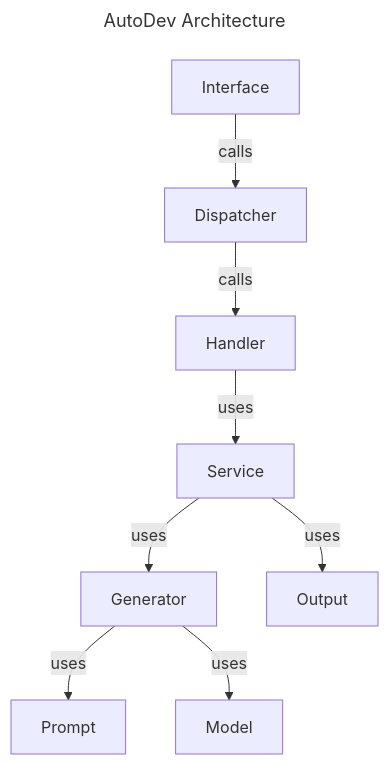
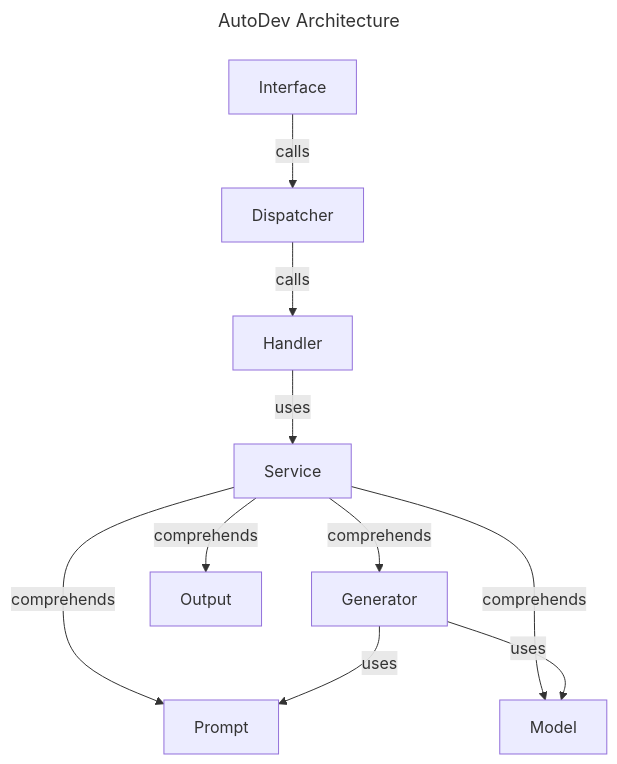
Before and after one commit to Oldranda1414/AutoDev: the diagram in docs/architectural-design.md, drawn with Mermaid. The commit also changed other lines of this file and 2 other files, not shown here.

Commit message:
docs: working on detailed design

````diff
--- a/docs/architectural-design.md
+++ b/docs/architectural-design.md
@@ -82,13 +80,15 @@
 ```mermaid
 ---
 title: AutoDev Architecture
 ---
 flowchart TD
     Interface-->|calls|Dispatcher
     Dispatcher-->|calls|Handler
     Handler-->|uses|Service
-    Service-->|uses|Generator
-    Service-->|uses|Output
+    Service-->|comprehends|Generator
+    Service-->|comprehends|Output
+    Service-->|comprehends|Prompt
+    Service-->|comprehends|Model
     Generator-->|uses|Prompt
     Generator-->|uses|Model
 ```
````
